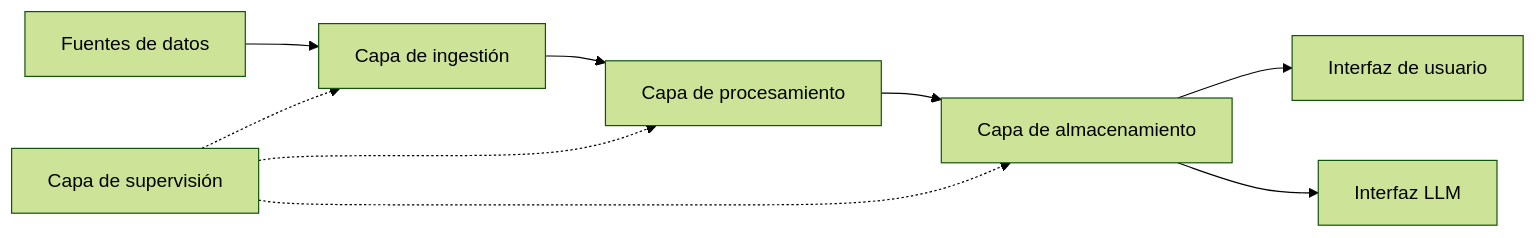
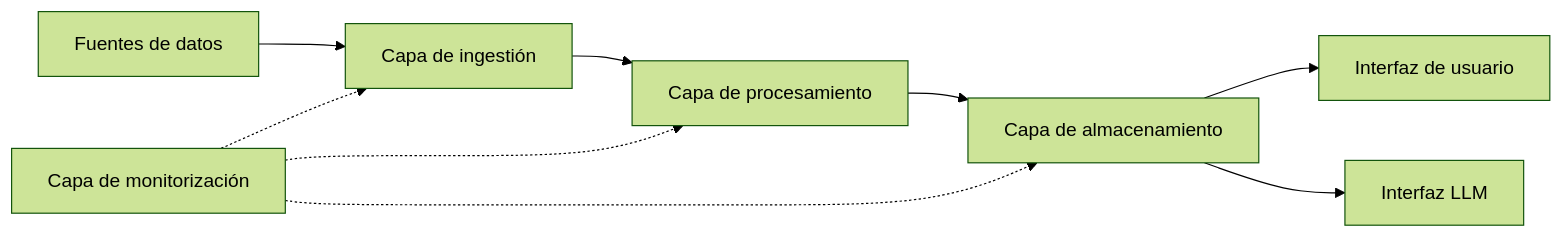
The second of 2 diagrams in src/data/pages/es/markdown.md (kafkiano/astrowind-i18n), drawn with Mermaid (forest theme) before and after one commit. The commit also changed other lines of this file and 30 other files, not shown here.

````diff
--- a/src/data/pages/es/markdown.md
+++ b/src/data/pages/es/markdown.md
@@ -449,11 +449,11 @@
 ```mermaid
 flowchart LR
     A[Fuentes de datos] --> B[Capa de ingestión]
     B --> C[Capa de procesamiento]
     C --> D[Capa de almacenamiento]
     D --> E[Interfaz de usuario]
     D --> F[Interfaz LLM]
-    G[Capa de supervisión] -.-> B
+    G[Capa de monitorización] -.-> B
     G -.-> C
     G -.-> D
 ```
````
